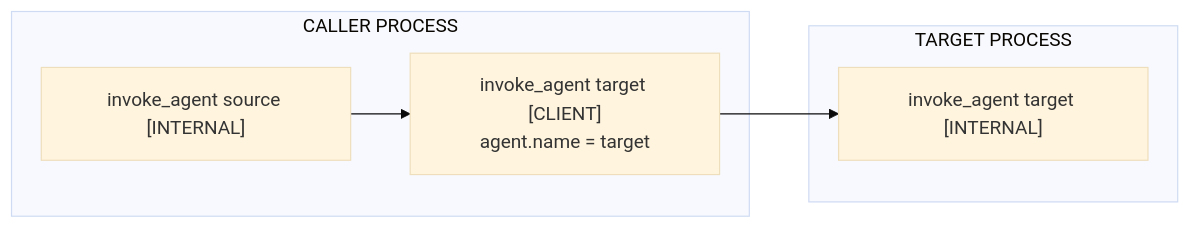
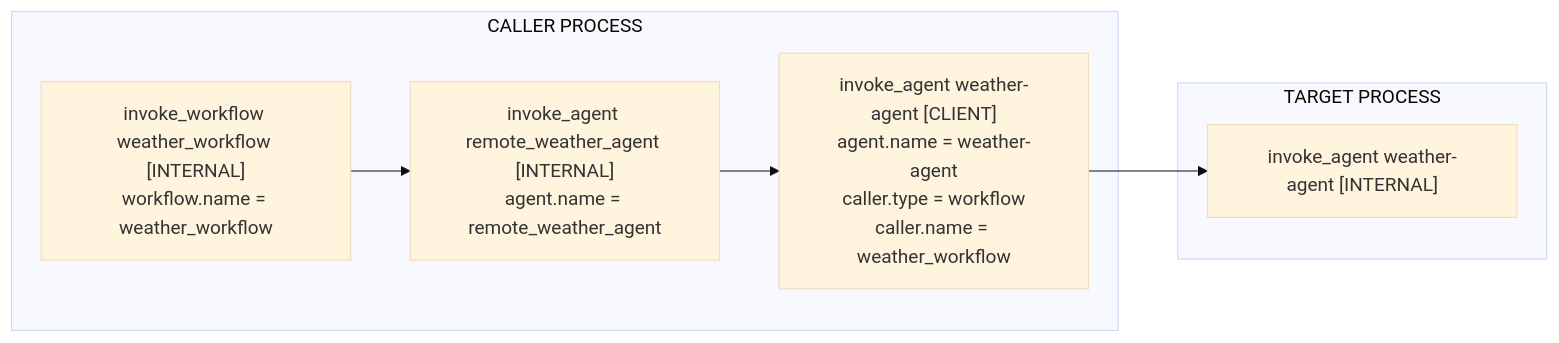
One commit to nikhilNava/semantic-conventions-genai changed the second of 2 diagrams in docs/gen-ai/non-normative/examples-agent-interactions.md. Above: the diagram before and after it, drawn with Mermaid (base theme). The commit also changed other lines of this file and 10 other files, not shown here.

Commit message:
feat(gen-ai): add caller-aware agent invocation

````diff
--- a/docs/gen-ai/non-normative/examples-agent-interactions.md
+++ b/docs/gen-ai/non-normative/examples-agent-interactions.md
@@ -69,12 +83,14 @@
 ```mermaid
 flowchart LR
   subgraph C["CALLER PROCESS"]
-    C1["invoke_agent source [INTERNAL]"]
-    C2["invoke_agent target [CLIENT]<br/>agent.name = target"]
+    C1["invoke_workflow weather_workflow [INTERNAL]<br/>workflow.name = weather_workflow"]
+    C2["invoke_agent remote_weather_agent [INTERNAL]<br/>agent.name = remote_weather_agent"]
+    C3["invoke_agent weather-agent [CLIENT]<br/>agent.name = weather-agent<br/>caller.type = workflow<br/>caller.name = weather_workflow"]
     C1 --> C2
+    C2 --> C3
   end
   subgraph T["TARGET PROCESS"]
-    T1["invoke_agent target [INTERNAL]"]
+    T1["invoke_agent weather-agent [INTERNAL]"]
   end
-  C2 --> T1
+  C3 --> T1
 ```
````
